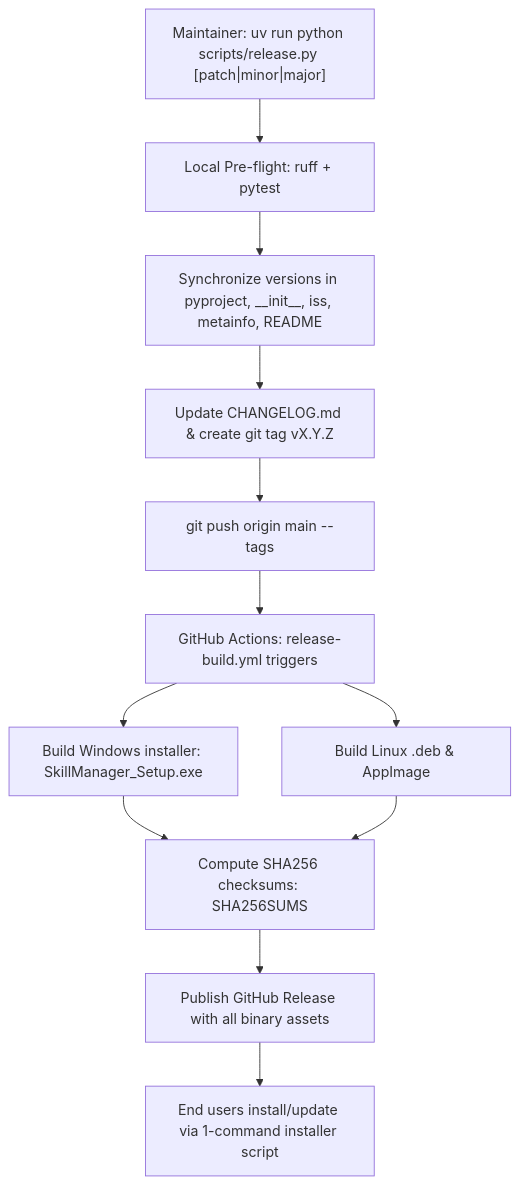
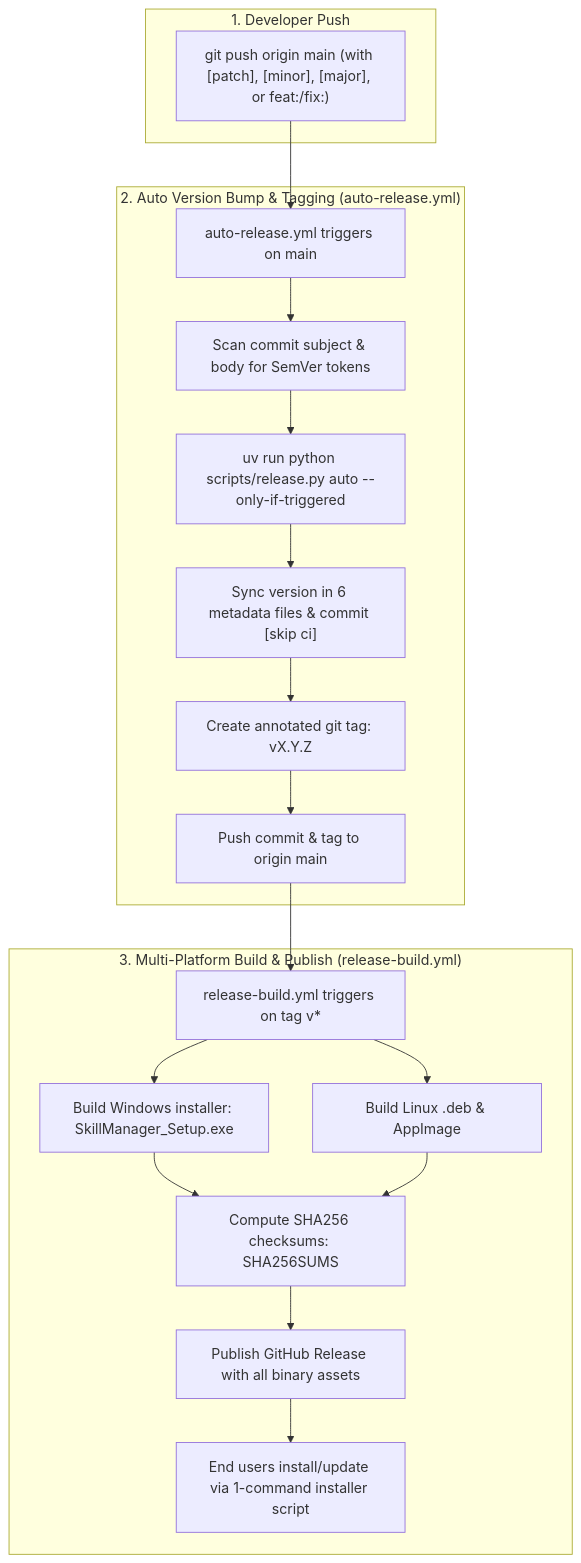
The second of 2 diagrams in docs/CI_CD.md (dishanagalawatta/SkillManager), drawn with Mermaid before and after one commit. The commit also changed other lines of this file and 12 other files, not shown here.

First line of the commit message:
feat: implement automated versioning and release process with GitHub Actions

````diff
--- a/docs/CI_CD.md
+++ b/docs/CI_CD.md
@@ -41,14 +42,25 @@
 ```mermaid
 flowchart TD
-    A["Maintainer: uv run python scripts/release.py [patch|minor|major]"] --> B[Local Pre-flight: ruff + pytest]
-    B --> C[Synchronize versions in pyproject, __init__, iss, metainfo, README]
-    C --> D[Update CHANGELOG.md & create git tag vX.Y.Z]
-    D --> E[git push origin main --tags]
-    E --> F[GitHub Actions: release-build.yml triggers]
-    F --> G[Build Windows installer: SkillManager_Setup.exe]
-    F --> H[Build Linux .deb & AppImage]
-    G --> I[Compute SHA256 checksums: SHA256SUMS]
-    H --> I
-    I --> J[Publish GitHub Release with all binary assets]
-    J --> K[End users install/update via 1-command installer script]
+    subgraph "1. Developer Push"
+        A["git push origin main (with [patch], [minor], [major], or feat:/fix:)"]
+    end
+
+    subgraph "2. Auto Version Bump & Tagging (auto-release.yml)"
+        A --> B["auto-release.yml triggers on main"]
+        B --> C["Scan commit subject & body for SemVer tokens"]
+        C --> D["uv run python scripts/release.py auto --only-if-triggered"]
+        D --> E["Sync version in 6 metadata files & commit [skip ci]"]
+        E --> F["Create annotated git tag: vX.Y.Z"]
+        F --> G["Push commit & tag to origin main"]
+    end
+
+    subgraph "3. Multi-Platform Build & Publish (release-build.yml)"
+        G --> H["release-build.yml triggers on tag v*"]
+        H --> I["Build Windows installer: SkillManager_Setup.exe"]
+        H --> J["Build Linux .deb & AppImage"]
+        I --> K["Compute SHA256 checksums: SHA256SUMS"]
+        J --> K
+        K --> L["Publish GitHub Release with all binary assets"]
+        L --> M["End users install/update via 1-command installer script"]
+    end
 ```
````
